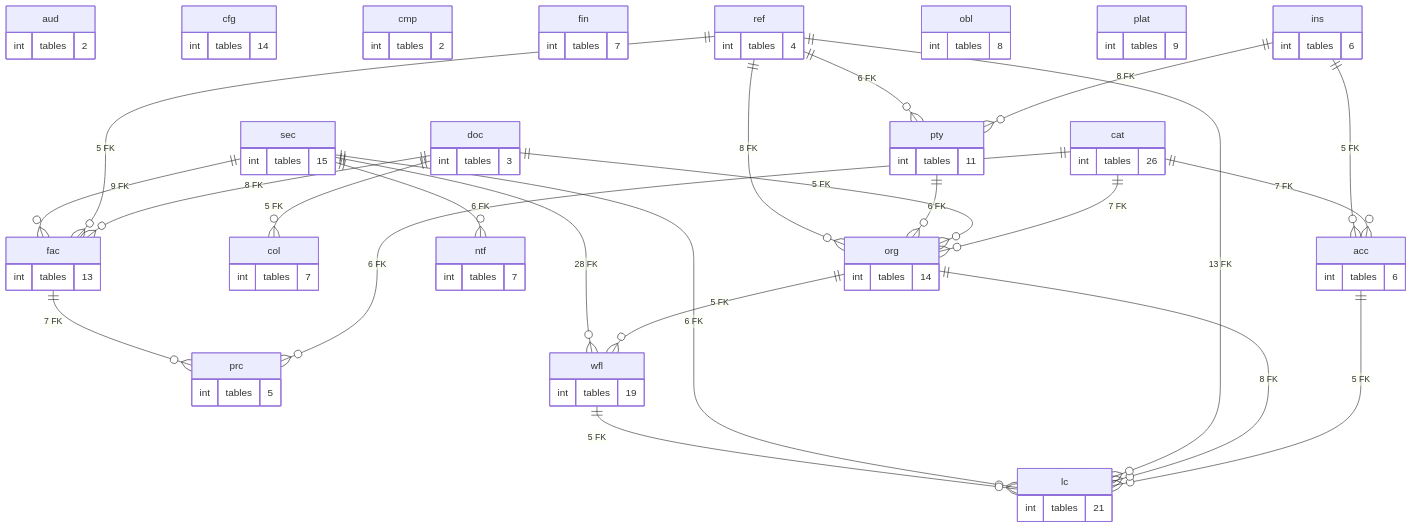
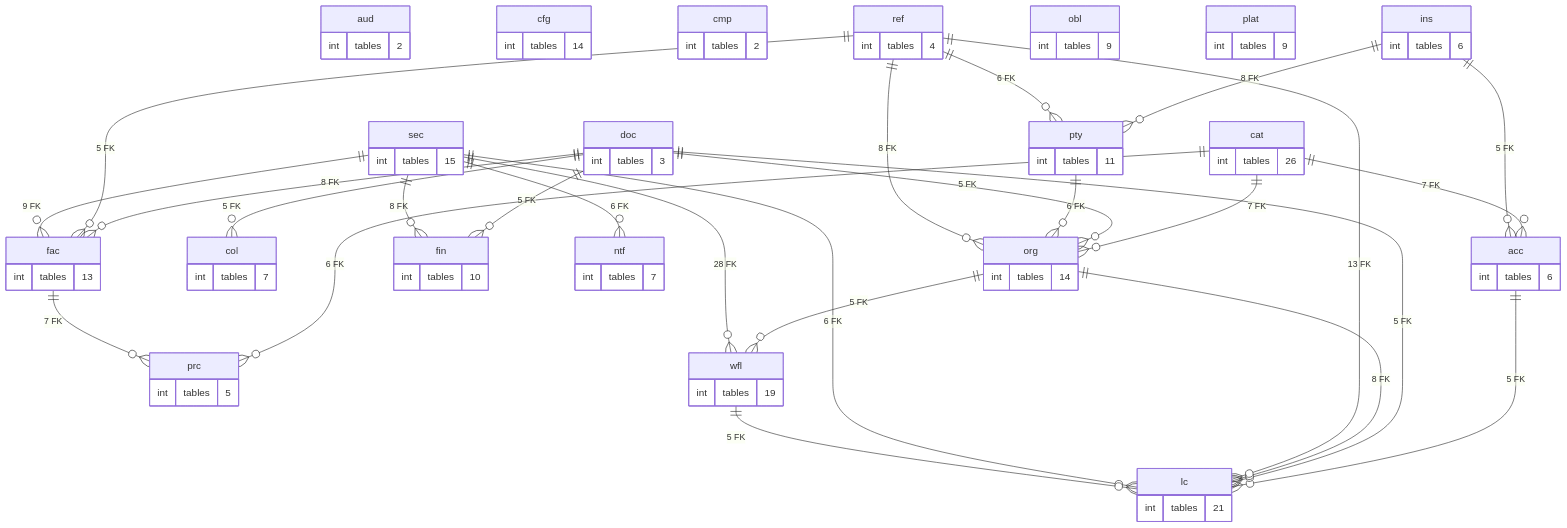
One commit to thawrasy/smartlines changed the diagram in treasury-platform/docs/diagrams/erd/schema_map.mmd. Above: the diagram before and after it, drawn with Mermaid. The commit also changed 34 other files, not shown here.

First line of the commit message:
Design documents read their numbers from the DDL; module diagrams redrawn

```diff
--- a/treasury-platform/docs/diagrams/erd/schema_map.mmd
+++ b/treasury-platform/docs/diagrams/erd/schema_map.mmd
@@ -1,84 +1,87 @@
 %% خريطة المخططات: العلاقة = عدد المفاتيح الأجنبية بين المخططين (≥ 5)
 erDiagram
   acc {
     int tables "6"
   }
   aud {
     int tables "2"
   }
   cat {
     int tables "26"
   }
   cfg {
     int tables "14"
   }
   cmp {
     int tables "2"
   }
   col {
     int tables "7"
   }
   doc {
     int tables "3"
   }
   fac {
     int tables "13"
   }
   fin {
-    int tables "7"
+    int tables "10"
   }
   ins {
     int tables "6"
   }
   lc {
     int tables "21"
   }
   ntf {
     int tables "7"
   }
   obl {
-    int tables "8"
+    int tables "9"
   }
   org {
     int tables "14"
   }
   plat {
     int tables "9"
   }
   prc {
     int tables "5"
   }
   pty {
     int tables "11"
   }
   ref {
     int tables "4"
   }
   sec {
     int tables "15"
   }
   wfl {
     int tables "19"
   }
   acc ||--o{ lc : "5 FK"
   cat ||--o{ acc : "7 FK"
   cat ||--o{ org : "7 FK"
   cat ||--o{ prc : "6 FK"
   doc ||--o{ col : "5 FK"
   doc ||--o{ fac : "8 FK"
+  doc ||--o{ fin : "5 FK"
+  doc ||--o{ lc : "5 FK"
   doc ||--o{ org : "5 FK"
   fac ||--o{ prc : "7 FK"
   ins ||--o{ acc : "5 FK"
   ins ||--o{ pty : "8 FK"
   org ||--o{ lc : "8 FK"
   org ||--o{ wfl : "5 FK"
   pty ||--o{ org : "6 FK"
   ref ||--o{ fac : "5 FK"
   ref ||--o{ lc : "13 FK"
   ref ||--o{ org : "8 FK"
   ref ||--o{ pty : "6 FK"
   sec ||--o{ fac : "9 FK"
+  sec ||--o{ fin : "8 FK"
   sec ||--o{ lc : "6 FK"
   sec ||--o{ ntf : "6 FK"
   sec ||--o{ wfl : "28 FK"
   wfl ||--o{ lc : "5 FK"
```
